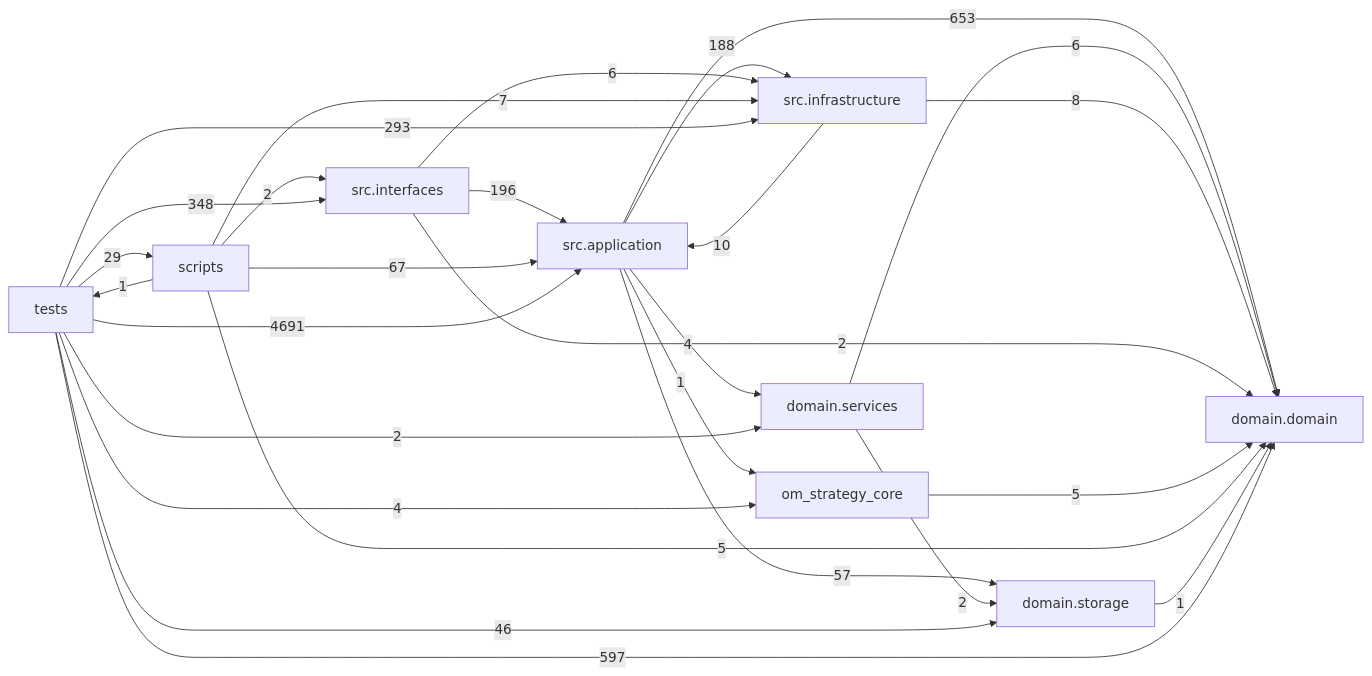
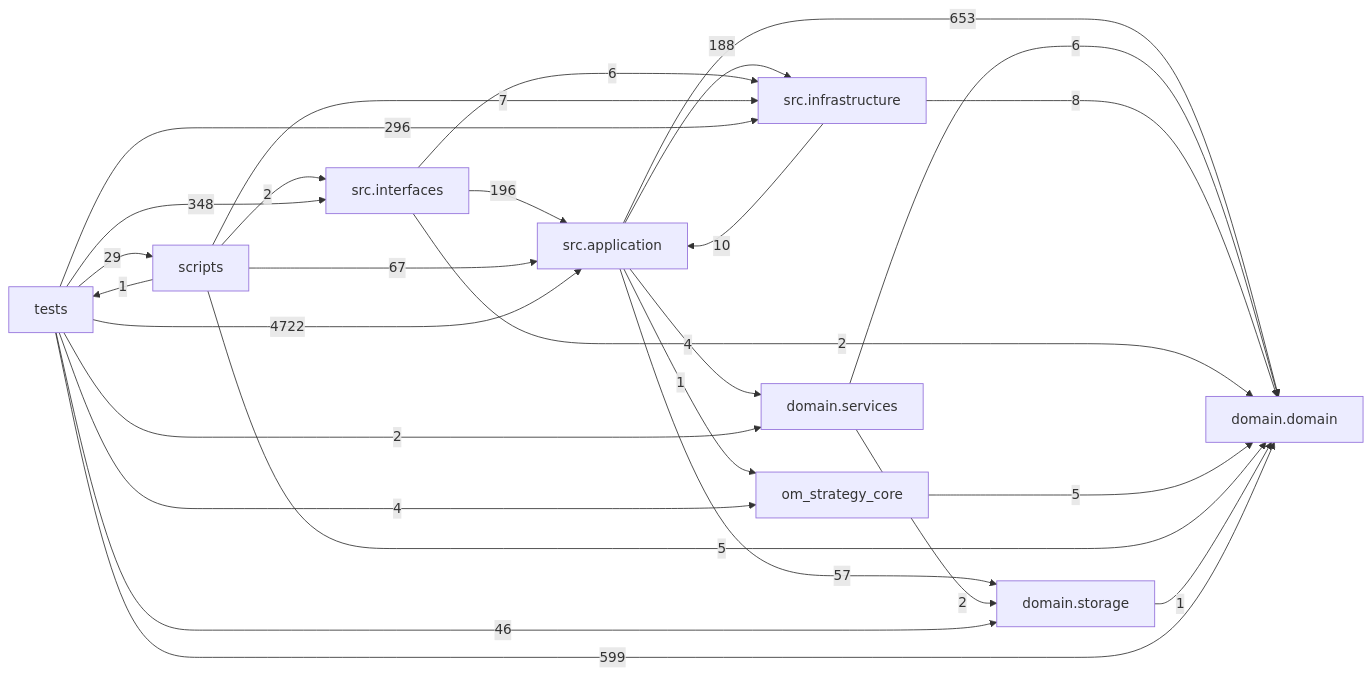
Before and after one commit to liuxie066/options-monitor: the diagram in docs/DEPENDENCY_GRAPH.md, drawn with Mermaid. The commit also changed other lines of this file and 4 other files, not shown here.

````diff
--- a/docs/DEPENDENCY_GRAPH.md
+++ b/docs/DEPENDENCY_GRAPH.md
@@ -24,38 +24,38 @@
 ```mermaid
 flowchart LR
   tests["tests"]
   scripts["scripts"]
   interfaces["src.interfaces"]
   application["src.application"]
   infrastructure["src.infrastructure"]
   domain_services["domain.services"]
   domain["domain.domain"]
   storage["domain.storage"]
   application -->|653| domain
   application -->|4| domain_services
   application -->|188| infrastructure
   application -->|1| om_strategy_core
   application -->|57| storage
   domain_services -->|6| domain
   domain_services -->|2| storage
   infrastructure -->|10| application
   infrastructure -->|8| domain
   interfaces -->|196| application
   interfaces -->|2| domain
   interfaces -->|6| infrastructure
   om_strategy_core -->|5| domain
   scripts -->|67| application
   scripts -->|5| domain
   scripts -->|7| infrastructure
   scripts -->|2| interfaces
   scripts -->|1| tests
   storage -->|1| domain
-  tests -->|4691| application
-  tests -->|597| domain
+  tests -->|4722| application
+  tests -->|599| domain
   tests -->|2| domain_services
-  tests -->|293| infrastructure
+  tests -->|296| infrastructure
   tests -->|348| interfaces
   tests -->|4| om_strategy_core
   tests -->|29| scripts
   tests -->|46| storage
 ```
````
